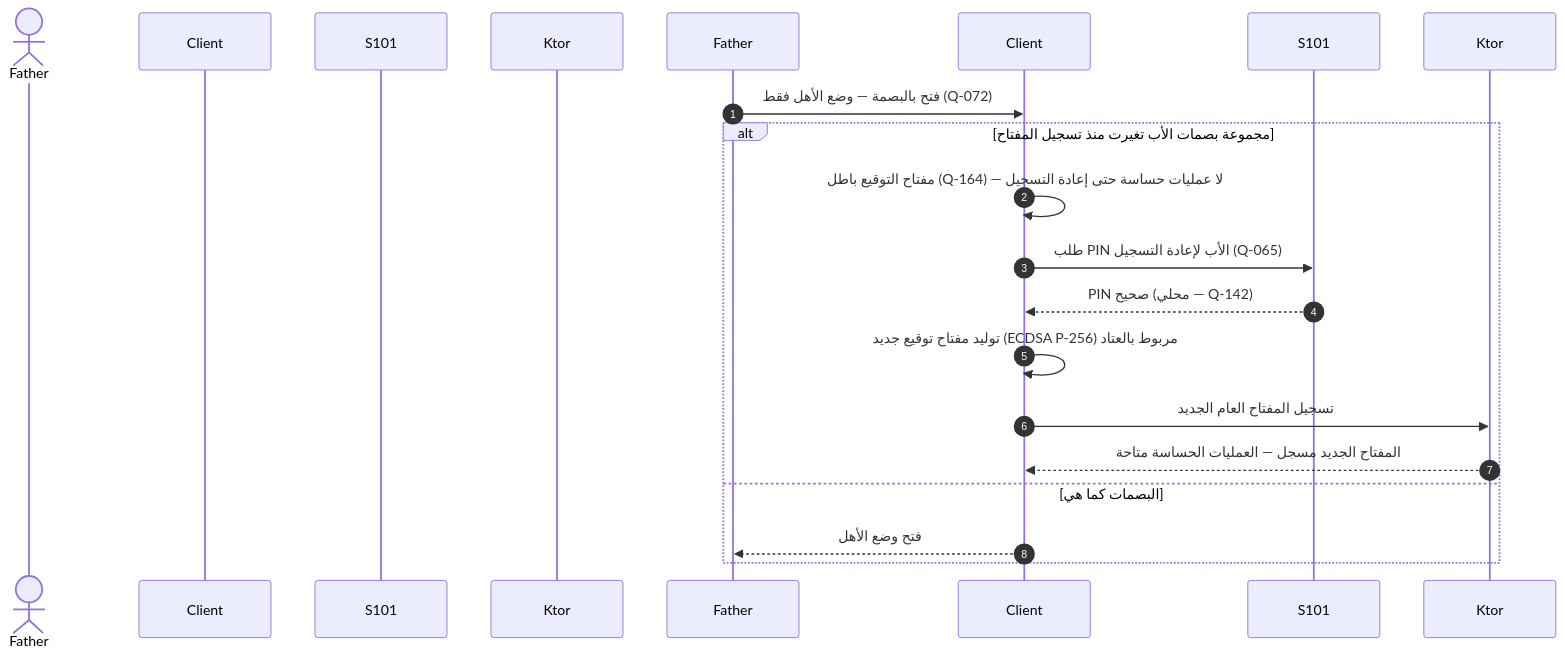
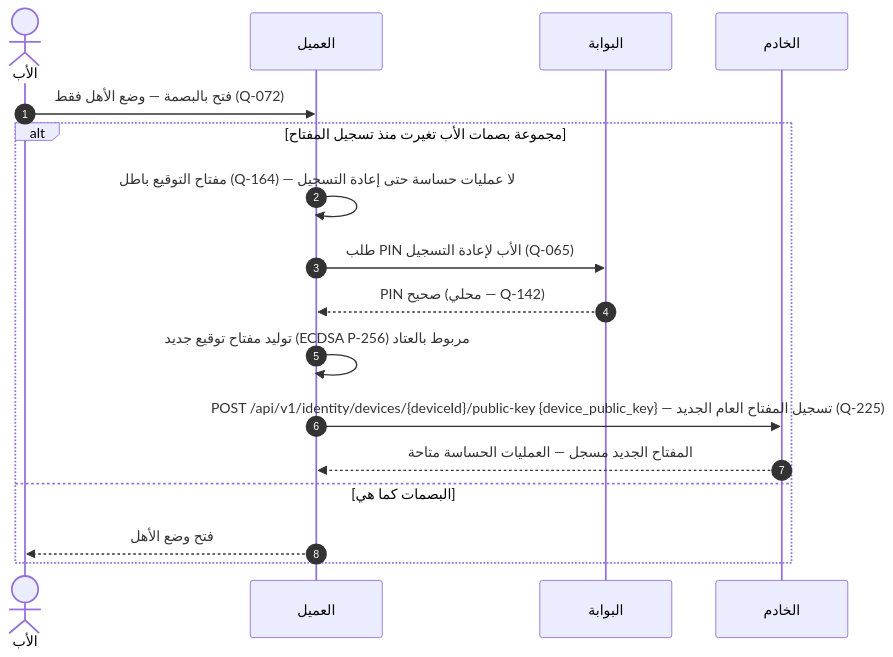
The tenth of 13 diagrams in docs/family-os/governance/phases/phase-1/S1-02-identity-and-onboarding/DIAGRAMS.md (Bassam-mohammed-alqaeadi/family-os-v2), drawn with Mermaid before and after one commit. The commit also changed other lines of this file and 10 other files, not shown here.

Commit message:
إغلاق المراجعة الشاملة R1–R5 (Q-196…Q-231) — المخططات DIAGRAMS + خريطة السياق (2/4)

````diff
--- a/docs/family-os/governance/phases/phase-1/S1-02-identity-and-onboarding/DIAGRAMS.md
+++ b/docs/family-os/governance/phases/phase-1/S1-02-identity-and-onboarding/DIAGRAMS.md
@@ -443,19 +448,19 @@
 ```mermaid
 sequenceDiagram
     autonumber
-    actor الأب as Father
-    participant العميل as Client
-    participant البوابة as S101
-    participant الخادم as Ktor
+    actor Father as الأب
+    participant Client as العميل
+    participant S101 as البوابة
+    participant Ktor as الخادم
     Father->>Client: فتح بالبصمة — وضع الأهل فقط (Q-072)
     alt مجموعة بصمات الأب تغيرت منذ تسجيل المفتاح
         Client->>Client: مفتاح التوقيع باطل (Q-164) — لا عمليات حساسة حتى إعادة التسجيل
         Client->>S101: طلب PIN الأب لإعادة التسجيل (Q-065)
         S101-->>Client: PIN صحيح (محلي — Q-142)
         Client->>Client: توليد مفتاح توقيع جديد (ECDSA P-256) مربوط بالعتاد
-        Client->>Ktor: تسجيل المفتاح العام الجديد
+        Client->>Ktor: POST /api/v1/identity/devices/{deviceId}/public-key {device_public_key} — تسجيل المفتاح العام الجديد (Q-225)
         Ktor-->>Client: المفتاح الجديد مسجل — العمليات الحساسة متاحة
     else البصمات كما هي
         Client-->>Father: فتح وضع الأهل
     end
 ```
````
